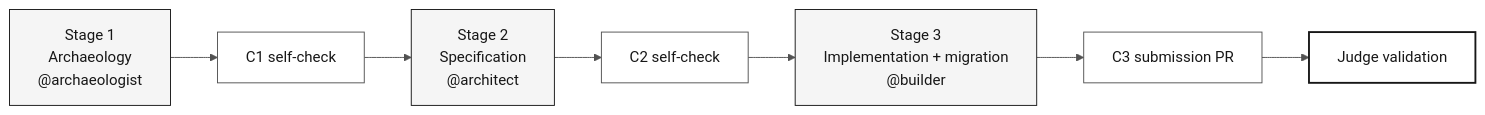
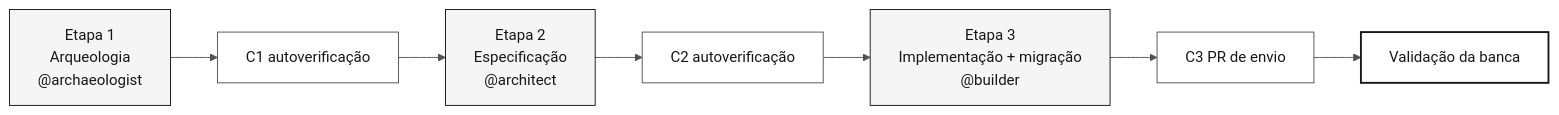
One commit to serpro-workshop-floripa/sifap-workshop-paula-00 changed the first of 2 diagrams in 00-SITEMAP.md. Above: the diagram before and after it, drawn with Mermaid. The commit also changed other lines of this file and 32 other files, not shown here.

Commit message:
Translate documentation from English to Portuguese across multiple stages, including dependency maps, glossaries, architectural decision records, specifications, and implementation guides. Ensure clarity and consistency in terminology while adapting content for a Portuguese-speaking audience.

````diff
--- a/00-SITEMAP.md
+++ b/00-SITEMAP.md
@@ -13,17 +13,17 @@
 ```mermaid
 %%{init: {'theme':'neutral','themeVariables':{'fontFamily':'ui-sans-serif, system-ui, sans-serif','primaryColor':'#F5F5F5','primaryTextColor':'#171717','primaryBorderColor':'#171717','lineColor':'#525252','secondaryColor':'#FFFFFF','tertiaryColor':'#FAFAFA','background':'#FFFFFF'}}}%%
 flowchart LR
     classDef step fill:#F5F5F5,stroke:#171717,color:#171717
     classDef check fill:#FFFFFF,stroke:#525252,color:#171717
     classDef result fill:#FFFFFF,stroke:#171717,color:#171717,stroke-width:2px
 
-    E1["Stage 1<br/>Archaeology<br/>@archaeologist"]:::step
-    C1["C1 self-check"]:::check
-    E2["Stage 2<br/>Specification<br/>@architect"]:::step
-    C2["C2 self-check"]:::check
-    E3["Stage 3<br/>Implementation + migration<br/>@builder"]:::step
-    C3["C3 submission PR"]:::check
-    J["Judge validation"]:::result
+    E1["Etapa 1<br/>Arqueologia<br/>@archaeologist"]:::step
+    C1["C1 autoverificação"]:::check
+    E2["Etapa 2<br/>Especificação<br/>@architect"]:::step
+    C2["C2 autoverificação"]:::check
+    E3["Etapa 3<br/>Implementação + migração<br/>@builder"]:::step
+    C3["C3 PR de envio"]:::check
+    J["Validação da banca"]:::result
 
     E1 --> C1 --> E2 --> C2 --> E3 --> C3 --> J
 ```
````
